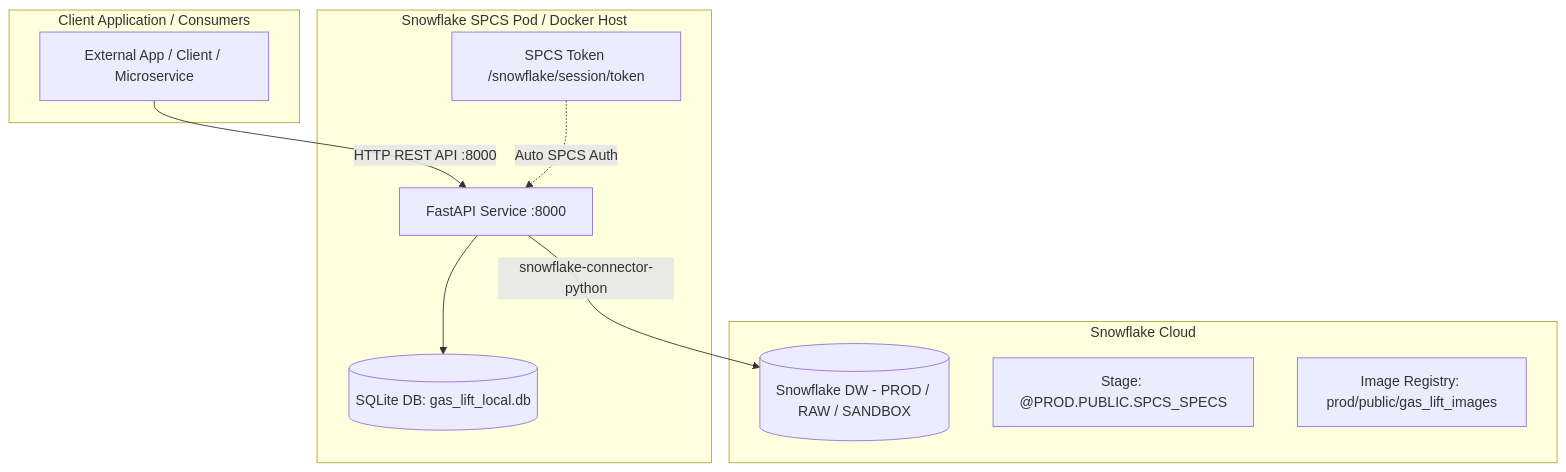
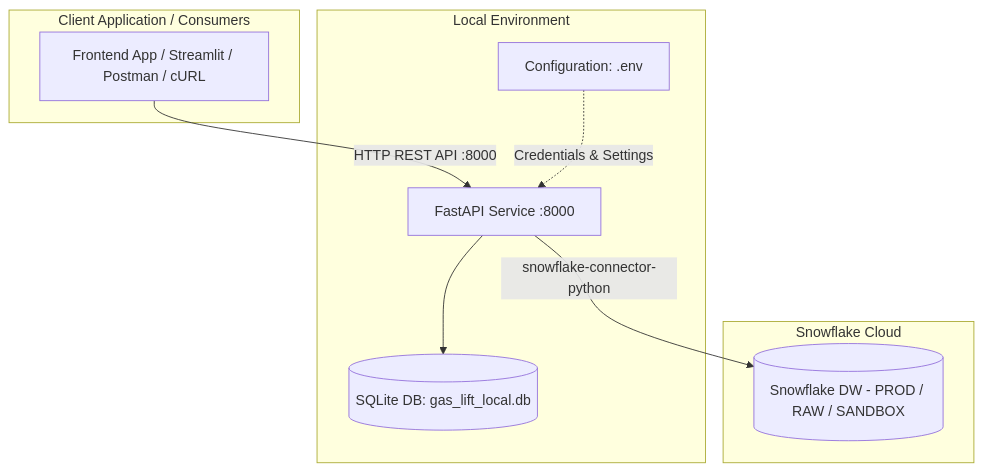
One commit to Andres-perenco/GLB changed the diagram in README.md. Above: the diagram before and after it, drawn with Mermaid. The commit also changed other lines of this file and 33 other files, not shown here.

````diff
--- a/README.md
+++ b/README.md
@@ -25,23 +24,21 @@
 ```mermaid
 flowchart TD
     subgraph Client Application / Consumers
-        Client[External App / Client / Microservice]
+        Client[Frontend App / Streamlit / Postman / cURL]
     end
 
-    subgraph Snowflake SPCS Pod / Docker Host
+    subgraph Local Environment
         Backend[FastAPI Service :8000]
         SQLite[(SQLite DB: gas_lift_local.db)]
-        OAuthToken["SPCS Token /snowflake/session/token"]
+        EnvFile[Configuration: .env]
     end
 
     subgraph Snowflake Cloud
         SnowflakeDB[(Snowflake DW - PROD / RAW / SANDBOX)]
-        Stage[Stage: @PROD.PUBLIC.SPCS_SPECS]
-        ImageRegistry[Image Registry: prod/public/gas_lift_images]
     end
 
     Client -->|HTTP REST API :8000| Backend
     Backend --> SQLite
-    OAuthToken -.->|Auto SPCS Auth| Backend
+    EnvFile -.->|Credentials & Settings| Backend
     Backend -->|snowflake-connector-python| SnowflakeDB
 ```
````
